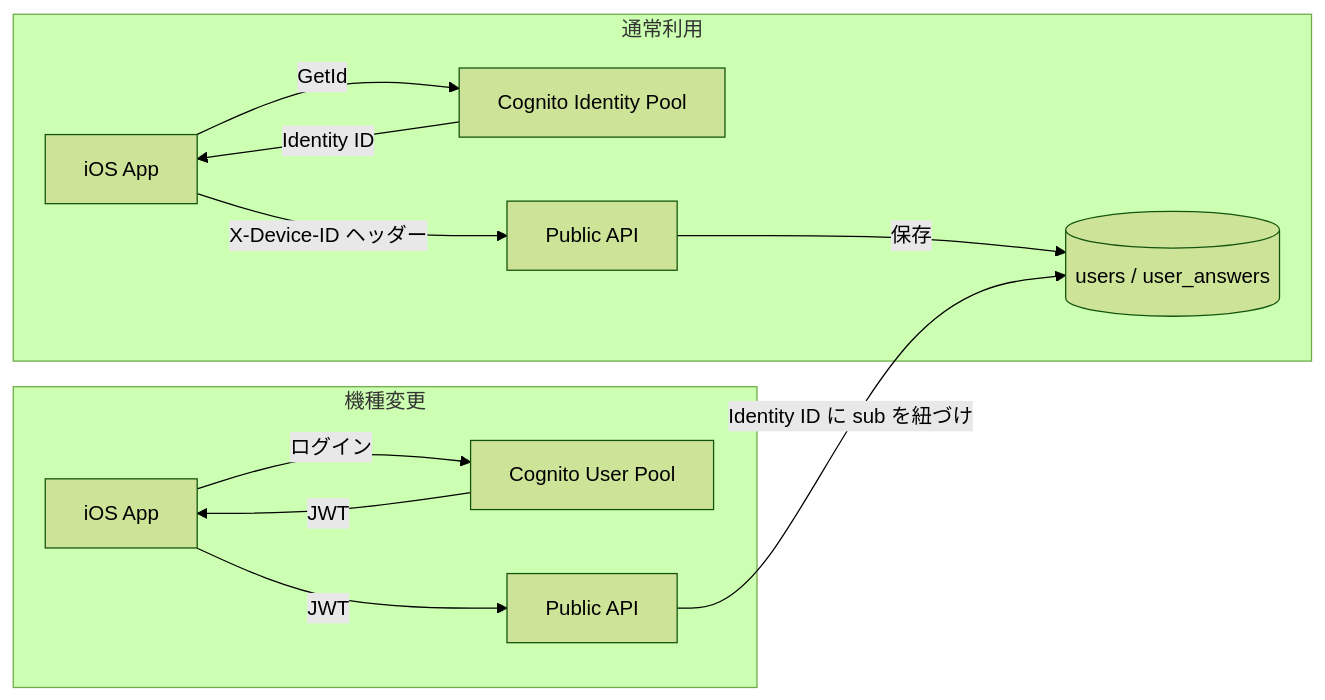
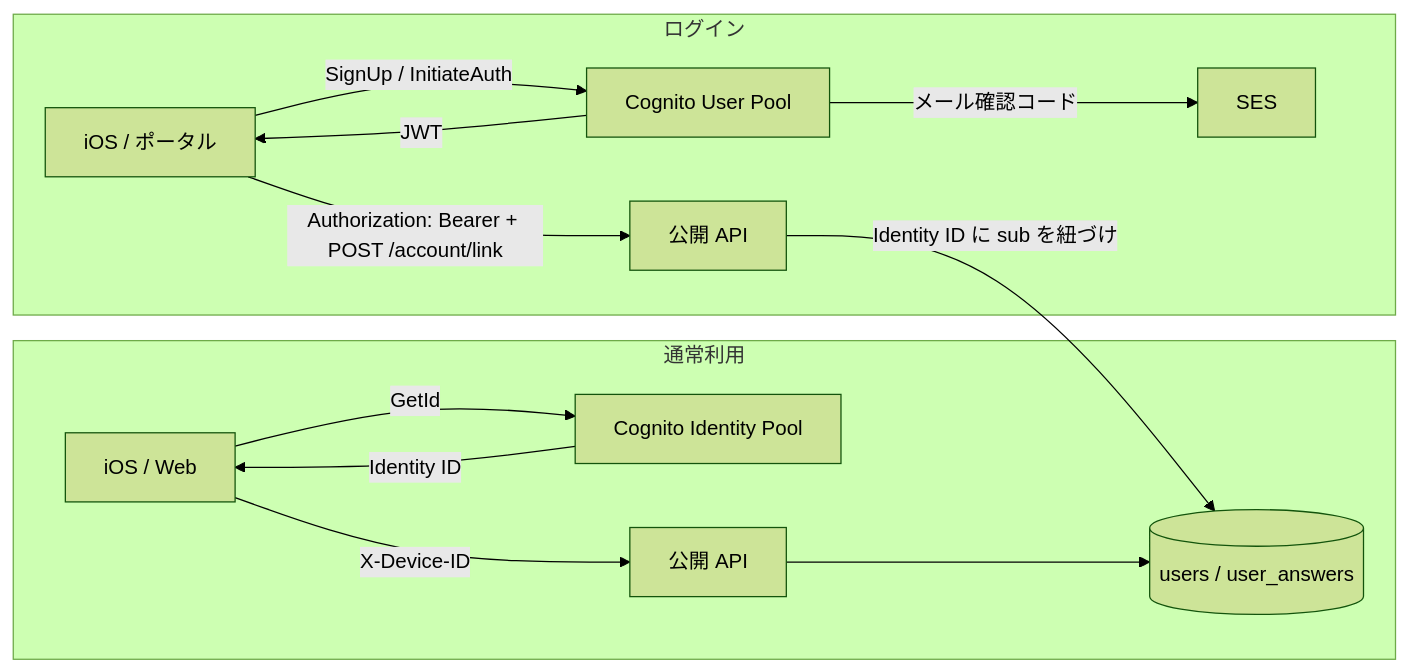
Before and after one commit to takoikatakotako/rikako: the third of 6 diagrams in docs/architecture.md, drawn with Mermaid (forest theme). The commit also changed other lines of this file and 3 other files, not shown here.

````diff
--- a/docs/architecture.md
+++ b/docs/architecture.md
@@ -126,16 +93,17 @@
 ```mermaid
 graph LR
     subgraph 通常利用
-        App1[iOS App] -->|GetId| CIP[Cognito Identity Pool]
+        App1[iOS / Web] -->|GetId| CIP[Cognito Identity Pool]
         CIP -->|Identity ID| App1
-        App1 -->|X-Device-ID ヘッダー| API[Public API]
-        API -->|保存| DB[(users / user_answers)]
+        App1 -->|X-Device-ID| API[公開 API]
+        API --> DB[("users / user_answers")]
     end
 
-    subgraph 機種変更
-        App2[iOS App] -->|ログイン| CUP[Cognito User Pool]
+    subgraph ログイン
+        App2[iOS / ポータル] -->|SignUp / InitiateAuth| CUP[Cognito User Pool]
+        CUP -->|メール確認コード| SESx[SES]
         CUP -->|JWT| App2
-        App2 -->|JWT| API2[Public API]
+        App2 -->|"Authorization: Bearer + POST /account/link"| API2[公開 API]
         API2 -->|Identity ID に sub を紐づけ| DB
     end
 ```
````
